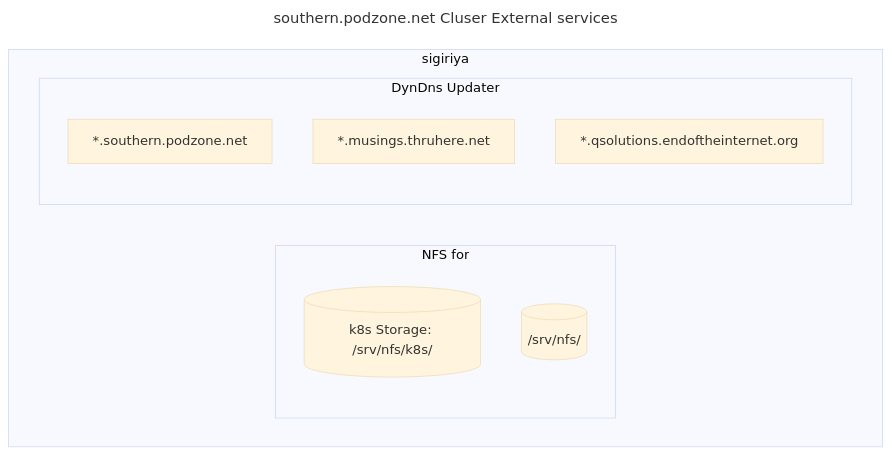
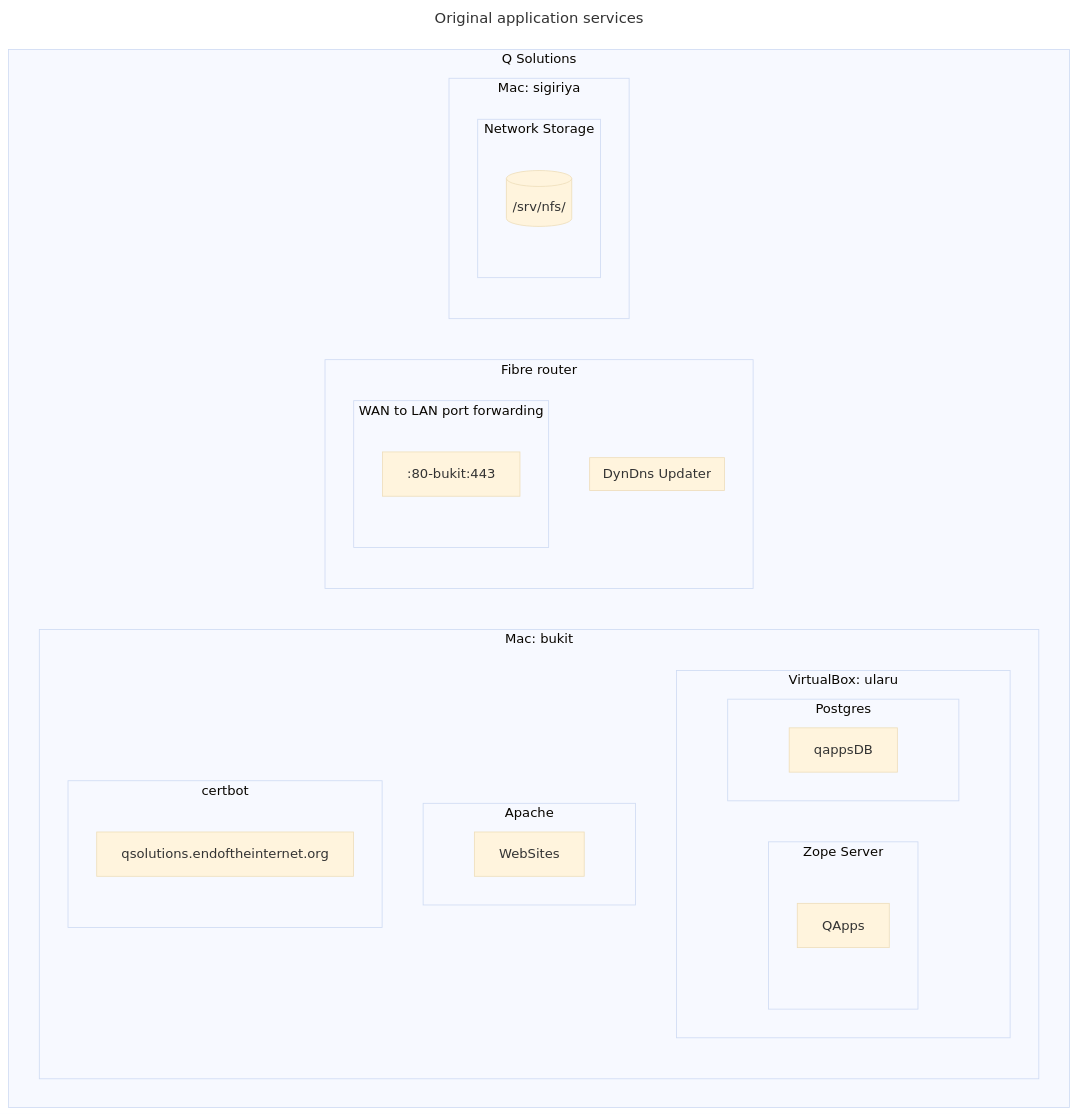
The first of 2 diagrams in docs/externalServices.md (MoTTTT/podzone), drawn with Mermaid (base theme) before and after one commit. The commit also changed other lines of this file and 6 other files, not shown here.

Commit message:
Updated external services

````diff
--- a/docs/externalServices.md
+++ b/docs/externalServices.md
@@ -3,17 +31,37 @@
 ```mermaid
 ---
-title: southern.podzone.net Cluser External services
+title: Original application services
 ---
 graph TD
-subgraph  sigiriya
-  subgraph NFS for 
-    nfs-service1[(k8s Storage: /srv/nfs/k8s/)]
-    nfs-service[(/srv/nfs/)]
+subgraph Q Solutions
+  subgraph  Mac: bukit
+    subgraph VirtualBox: ularu 
+      subgraph Zope Server
+        QApps
+      end
+      subgraph Postgres
+        qappsDB
+      end
+    end
+    subgraph Apache
+      WebSites
+    end
+    subgraph certbot
+      qsolutions.endoftheinternet.org
+    end
   end
-  subgraph DynDns Updater
-    *.southern.podzone.net
-    *.musings.thruhere.net
-    *.qsolutions.endoftheinternet.org
+  subgraph  Fibre router
+    subgraph DynDns Updater
+      qsolutions.endoftheinternet.org
+    end
+    subgraph WAN to LAN port forwarding
+      :80-bukit:443
+    end
+  end
+  subgraph  Mac: sigiriya
+    subgraph Network Storage 
+      nfs-service[(/srv/nfs/)]
+    end
   end
 end
 ```
````
